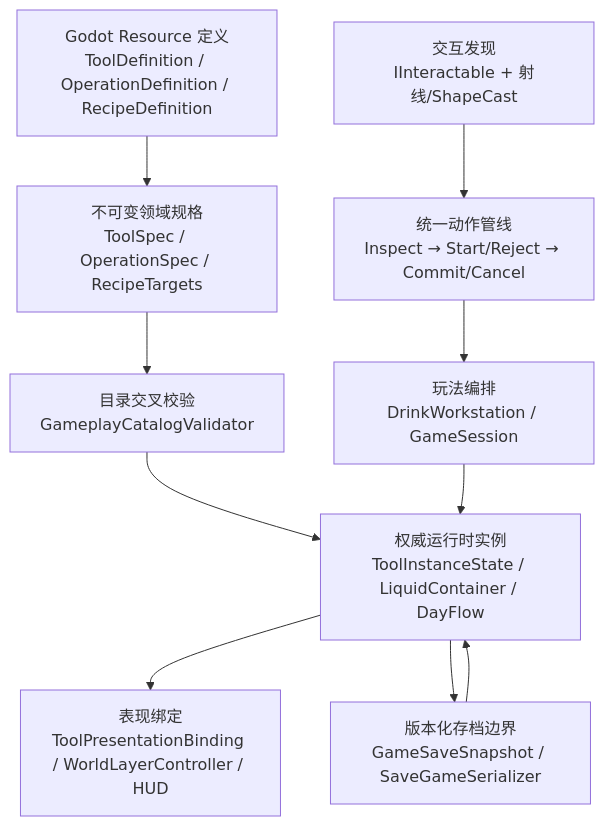
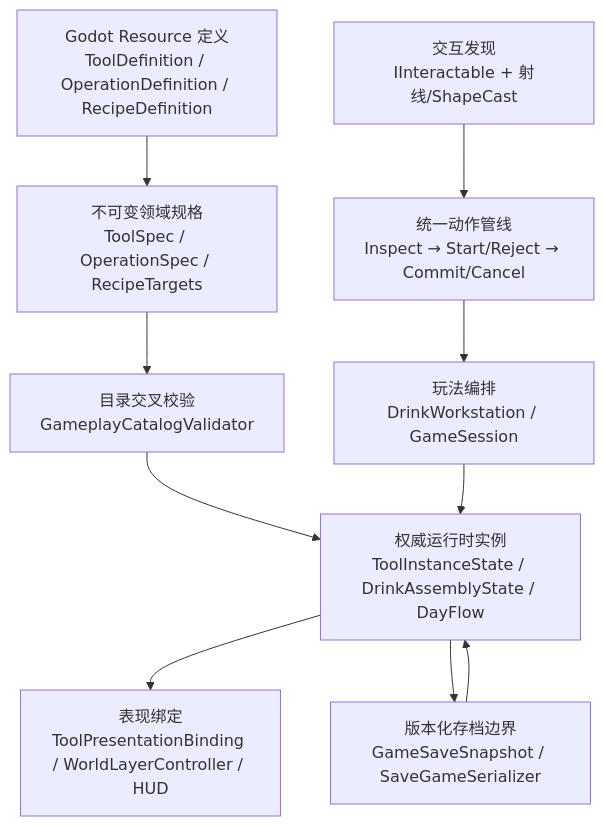
One commit to huixun431-sketch/glasses-bar changed the diagram in docs/ARCHITECTURE_REVIEW_20260729.md. Above: the diagram before and after it, drawn with Mermaid. The commit also changed other lines of this file and 17 other files, not shown here.

Commit message:
refactor: extract drink assembly state

````diff
--- a/docs/ARCHITECTURE_REVIEW_20260729.md
+++ b/docs/ARCHITECTURE_REVIEW_20260729.md
@@ -36,18 +38,18 @@
 ```mermaid
 flowchart TD
     R["Godot Resource 定义<br/>ToolDefinition / OperationDefinition / RecipeDefinition"]
     S["不可变领域规格<br/>ToolSpec / OperationSpec / RecipeTargets"]
     V["目录交叉校验<br/>GameplayCatalogValidator"]
-    I["权威运行时实例<br/>ToolInstanceState / LiquidContainer / DayFlow"]
+    I["权威运行时实例<br/>ToolInstanceState / DrinkAssemblyState / DayFlow"]
     Q["交互发现<br/>IInteractable + 射线/ShapeCast"]
     A["统一动作管线<br/>Inspect → Start/Reject → Commit/Cancel"]
     O["玩法编排<br/>DrinkWorkstation / GameSession"]
     P["表现绑定<br/>ToolPresentationBinding / WorldLayerController / HUD"]
     G["版本化存档边界<br/>GameSaveSnapshot / SaveGameSerializer"]
 
     R --> S --> V --> I
     Q --> A --> O --> I
     I --> P
     I --> G
     G --> I
 ```
````
